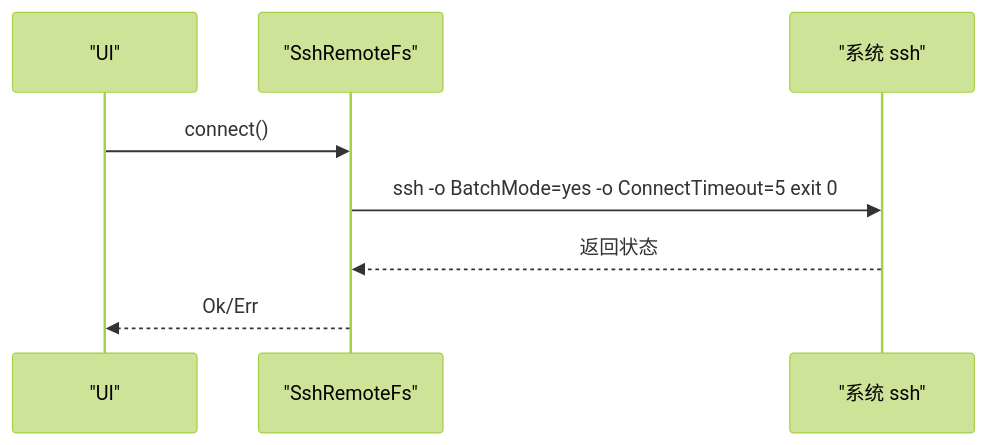
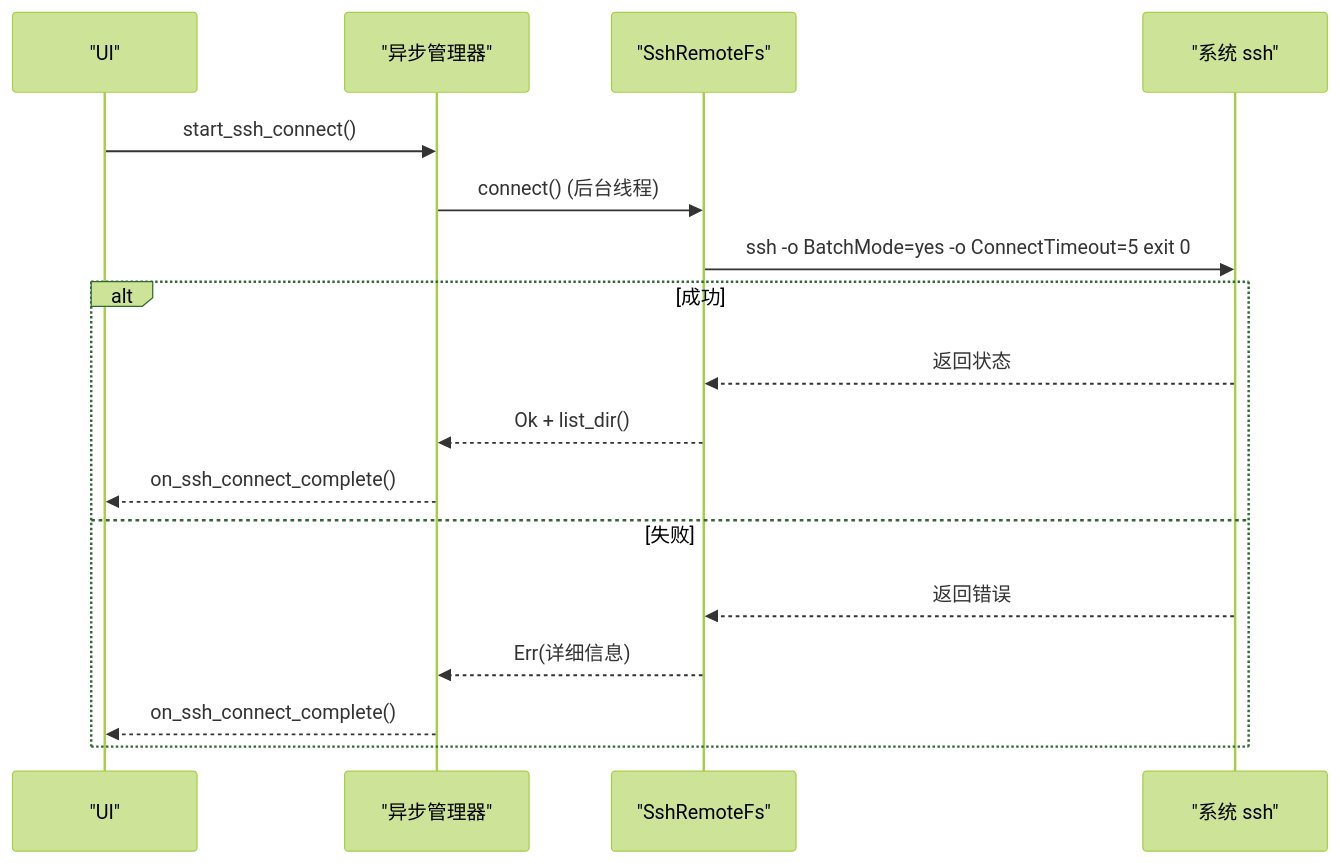
The eighth of 10 diagrams in .qoder/repowiki/zh/content/远程开发功能/SSH 连接管理.md (aetherstudio-cn/AetherStudio), drawn with Mermaid (forest theme) before and after one commit. The commit also changed other lines of this file and 17 other files, not shown here.

````diff
--- a/.qoder/repowiki/zh/content/远程开发功能/SSH 连接管理.md
+++ b/.qoder/repowiki/zh/content/远程开发功能/SSH 连接管理.md
@@ -349,10 +415,19 @@
 ```mermaid
 sequenceDiagram
 participant UI as "UI"
+participant ASYNC as "异步管理器"
 participant FS as "SshRemoteFs"
 participant SSH as "系统 ssh"
-UI->>FS : connect()
+UI->>ASYNC : start_ssh_connect()
+ASYNC->>FS : connect() (后台线程)
 FS->>SSH : ssh -o BatchMode=yes -o ConnectTimeout=5 exit 0
+alt 成功
 SSH-->>FS : 返回状态
-FS-->>UI : Ok/Err
+FS-->>ASYNC : Ok + list_dir()
+ASYNC-->>UI : on_ssh_connect_complete()
+else 失败
+SSH-->>FS : 返回错误
+FS-->>ASYNC : Err(详细信息)
+ASYNC-->>UI : on_ssh_connect_complete()
+end
 ```
````
